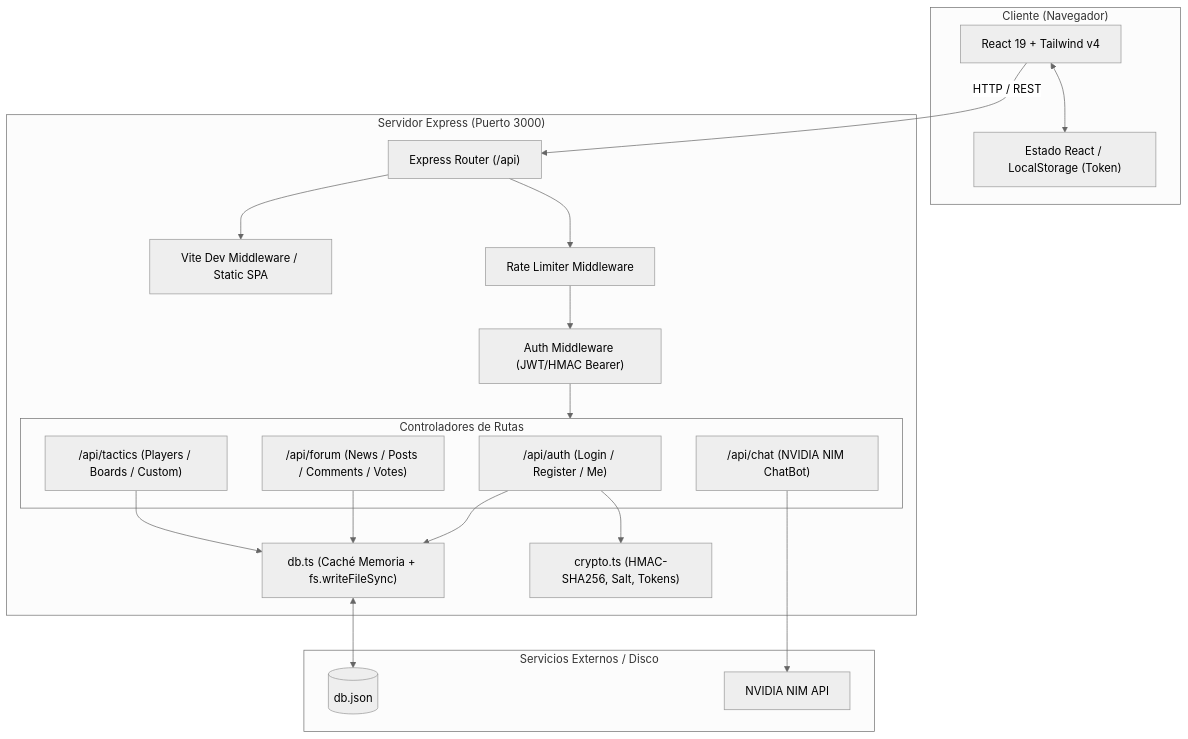
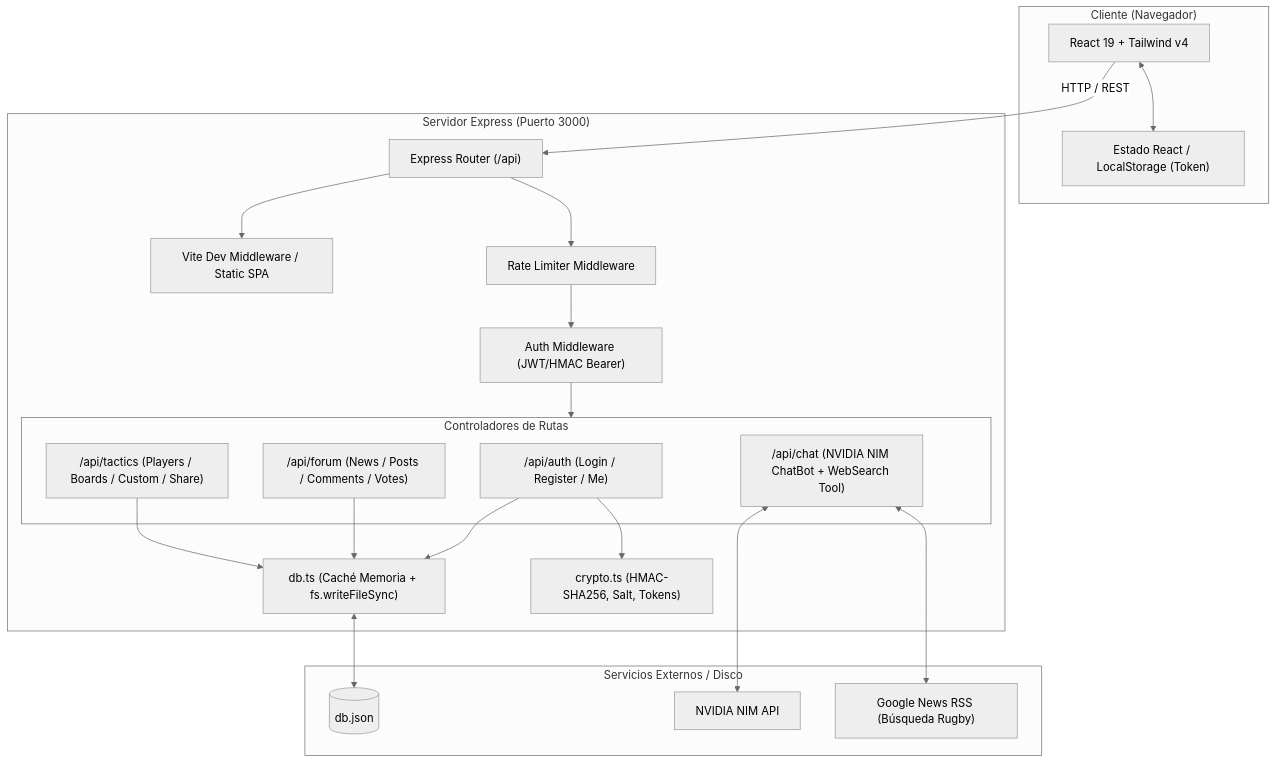
Before and after one commit to mattmotyczak/Rugby: the diagram in docs/TECHNICAL_DOCUMENTATION.md, drawn with Mermaid (neutral theme). The commit also changed other lines of this file and 10 other files, not shown here.

````diff
--- a/docs/TECHNICAL_DOCUMENTATION.md
+++ b/docs/TECHNICAL_DOCUMENTATION.md
@@ -16,44 +16,46 @@
 ```mermaid
 flowchart TD
     subgraph Cliente ["Cliente (Navegador)"]
         UI["React 19 + Tailwind v4"]
         State["Estado React / LocalStorage (Token)"]
         UI <--> State
     end
 
     subgraph Servidor ["Servidor Express (Puerto 3000)"]
         ViteMiddle["Vite Dev Middleware / Static SPA"]
         Router["Express Router (/api)"]
         RateLimit["Rate Limiter Middleware"]
         AuthMiddleware["Auth Middleware (JWT/HMAC Bearer)"]
 
         subgraph Rutas ["Controladores de Rutas"]
             RAuth["/api/auth (Login / Register / Me)"]
             RForum["/api/forum (News / Posts / Comments / Votes)"]
-            RTactics["/api/tactics (Players / Boards / Custom)"]
-            RChat["/api/chat (NVIDIA NIM ChatBot)"]
+            RTactics["/api/tactics (Players / Boards / Custom / Share)"]
+            RChat["/api/chat (NVIDIA NIM ChatBot + WebSearch Tool)"]
         end
 
         DBAccess["db.ts (Caché Memoria + fs.writeFileSync)"]
         CryptoUtil["crypto.ts (HMAC-SHA256, Salt, Tokens)"]
     end
 
     subgraph Externo ["Servicios Externos / Disco"]
         DBFile[("db.json")]
         NvidiaAPI["NVIDIA NIM API"]
+        WebSearchNews["Google News RSS (Búsqueda Rugby)"]
     end
 
     UI -->|HTTP / REST| Router
     Router --> ViteMiddle
     Router --> RateLimit
     RateLimit --> AuthMiddleware
     AuthMiddleware --> Rutas
 
     RAuth --> CryptoUtil
     RAuth --> DBAccess
     RForum --> DBAccess
     RTactics --> DBAccess
-    RChat --> NvidiaAPI
+    RChat <--> NvidiaAPI
+    RChat <--> WebSearchNews
 
     DBAccess <--> DBFile
 ```
````
